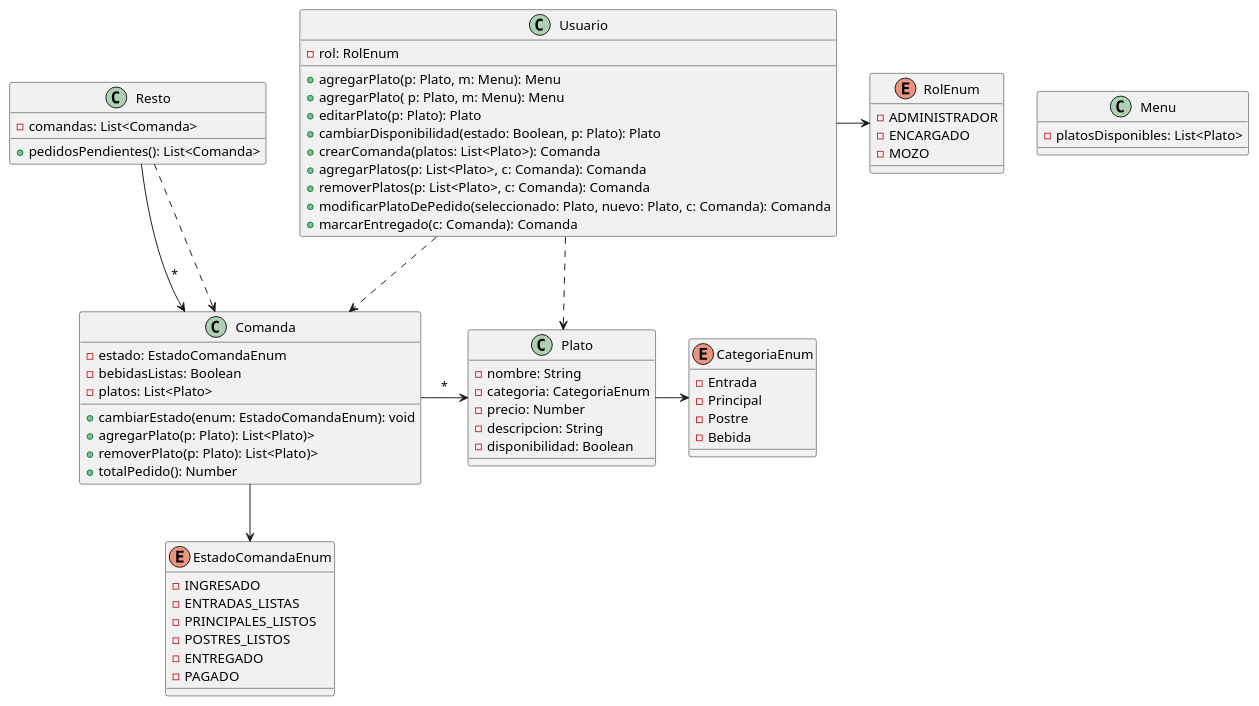
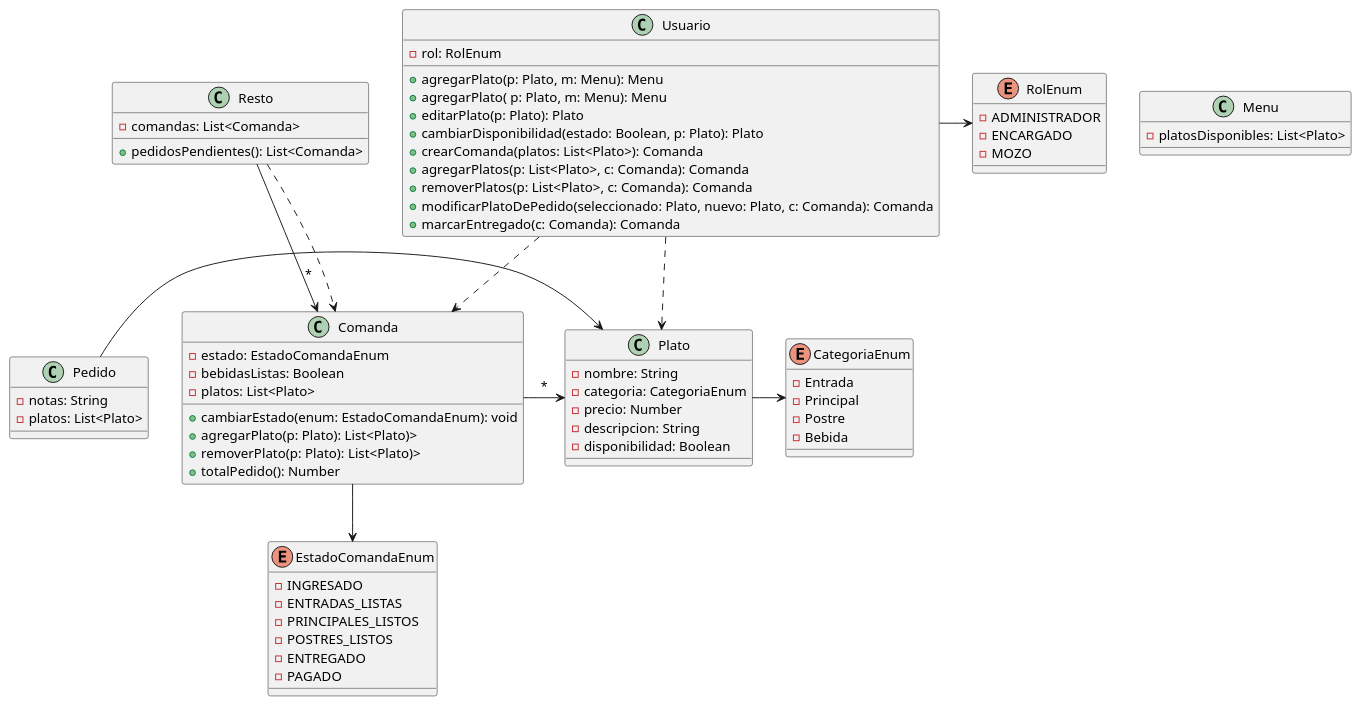
The diagram in kommanda/domain/domain.plantuml (josephmansilla/cursada-desarrollo-de-software-2026), drawn with PlantUML before and after one commit. The commit also changed 5 other files, not shown here.

```diff
--- a/kommanda/domain/domain.plantuml
+++ b/kommanda/domain/domain.plantuml
@@ -1,73 +1,81 @@
 @startuml kommanda
 
 class Usuario {
     - rol: RolEnum
     + agregarPlato(p: Plato, m: Menu): Menu
     + agregarPlato( p: Plato, m: Menu): Menu
     + editarPlato(p: Plato): Plato
     + cambiarDisponibilidad(estado: Boolean, p: Plato): Plato
     + crearComanda(platos: List<Plato>): Comanda
     + agregarPlatos(p: List<Plato>, c: Comanda): Comanda
     + removerPlatos(p: List<Plato>, c: Comanda): Comanda
     + modificarPlatoDePedido(seleccionado: Plato, nuevo: Plato, c: Comanda): Comanda
     + marcarEntregado(c: Comanda): Comanda
 }
 
 class Comanda {
     - estado: EstadoComandaEnum
     - bebidasListas: Boolean
     - platos: List<Plato>
     + cambiarEstado(enum: EstadoComandaEnum): void
     + agregarPlato(p: Plato): List<Plato)>
     + removerPlato(p: Plato): List<Plato)>
     + totalPedido(): Number
 }
+
+class Pedido {
+    - notas: String
+    - platos: List<Plato>
+}
+
+
 
 class Resto {
     - comandas: List<Comanda>
     + pedidosPendientes(): List<Comanda>
 }
 
 class Plato {
     - nombre: String
     - categoria: CategoriaEnum
     - precio: Number
     - descripcion: String
     - disponibilidad: Boolean
 }
 
 class Menu {
     - platosDisponibles: List<Plato>
 }
 
 enum EstadoComandaEnum {
     - INGRESADO
     - ENTRADAS_LISTAS
     - PRINCIPALES_LISTOS
     - POSTRES_LISTOS
     - ENTREGADO
     - PAGADO
 }
 enum RolEnum {
     - ADMINISTRADOR
     - ENCARGADO
     - MOZO
 }
 enum CategoriaEnum {
     - Entrada
     - Principal
     - Postre
     - Bebida
 }
 
 
 Usuario -> RolEnum
 Usuario -.> Comanda
 Usuario -.> Plato
+Pedido -> Plato
 Plato -> CategoriaEnum
 Comanda --> EstadoComandaEnum
 Comanda -> Plato: *
 Resto --> Comanda: *
 Resto ..> Comanda
 
 @enduml
```
